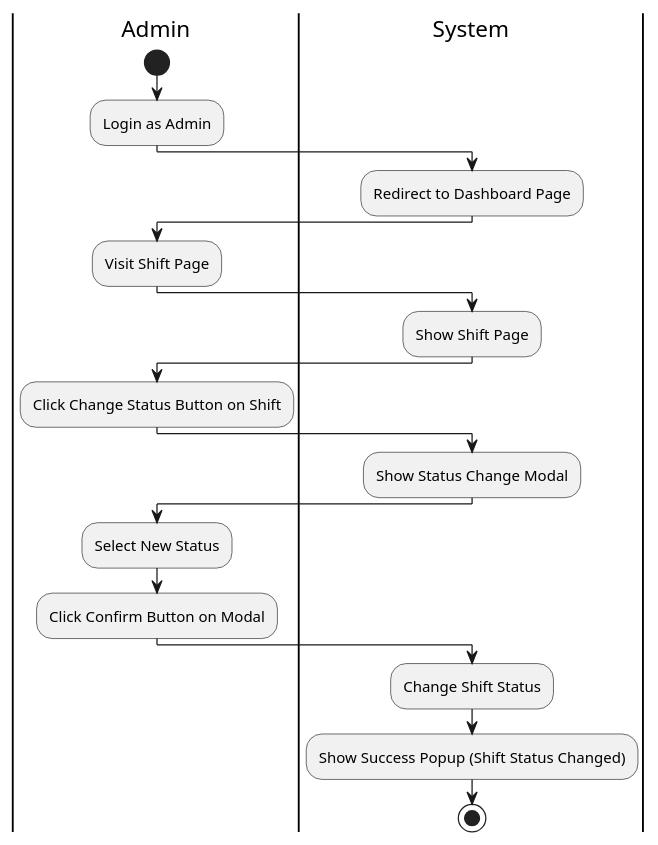
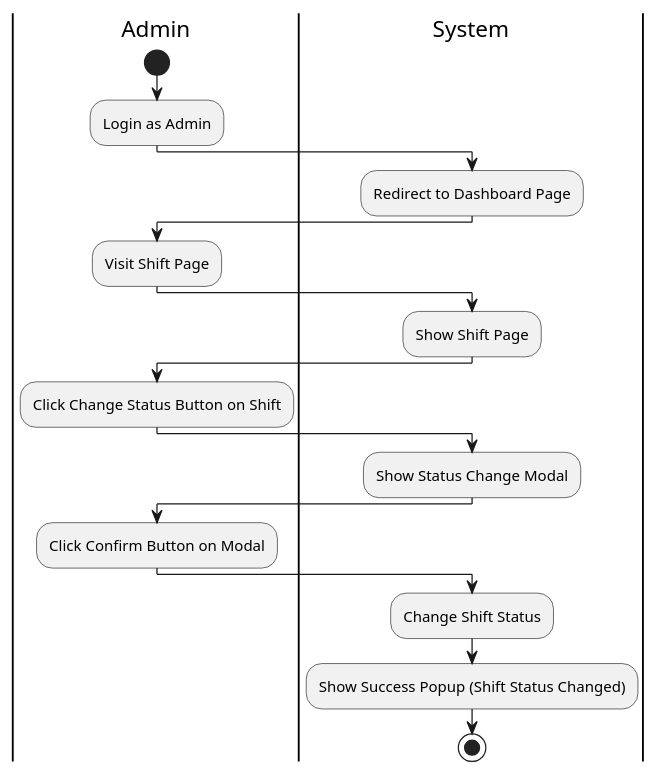
One commit to felixpherry/Lecturna-UML changed the diagram in Activity Diagrams/051. Change Shift Status.puml. Above: the diagram before and after it, drawn with PlantUML. The commit also changed 42 other files, not shown here.

Commit message:
Finish 50% Sequence Diagrams

```diff
--- a/Activity Diagrams/051. Change Shift Status.puml
+++ b/Activity Diagrams/051. Change Shift Status.puml
@@ -1,22 +1,21 @@
 @startuml ChangeShiftStatus
 |Admin|
 start
 :Login as Admin;
 |System|
 :Redirect to Dashboard Page;
 |Admin|
 :Visit Shift Page;
 |System|
 :Show Shift Page;
 |Admin|
 :Click Change Status Button on Shift;
 |System|
 :Show Status Change Modal;
 |Admin|
-:Select New Status;
 :Click Confirm Button on Modal;
 |System|
 :Change Shift Status;
 :Show Success Popup (Shift Status Changed);
 stop
 @enduml
```
